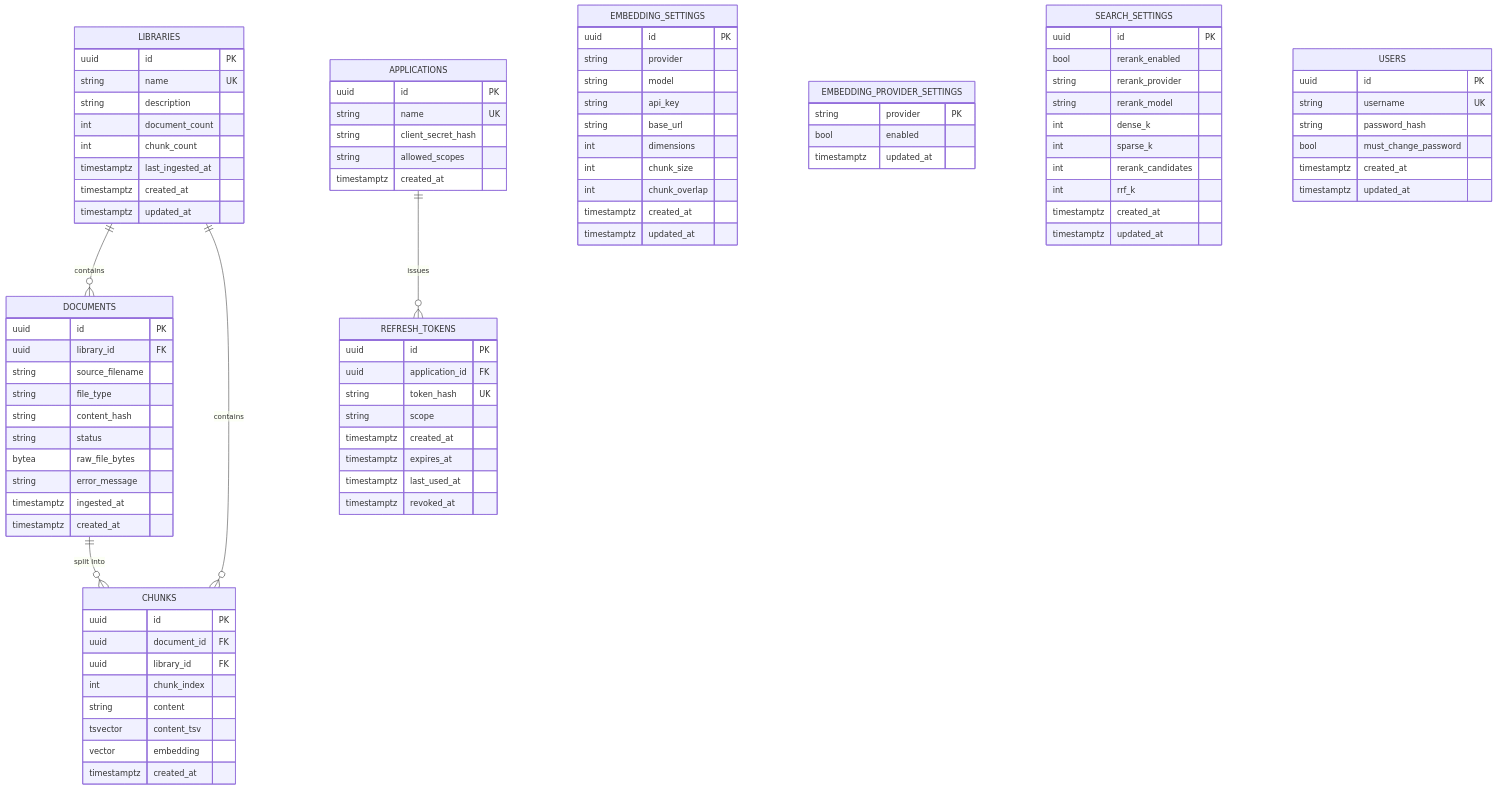
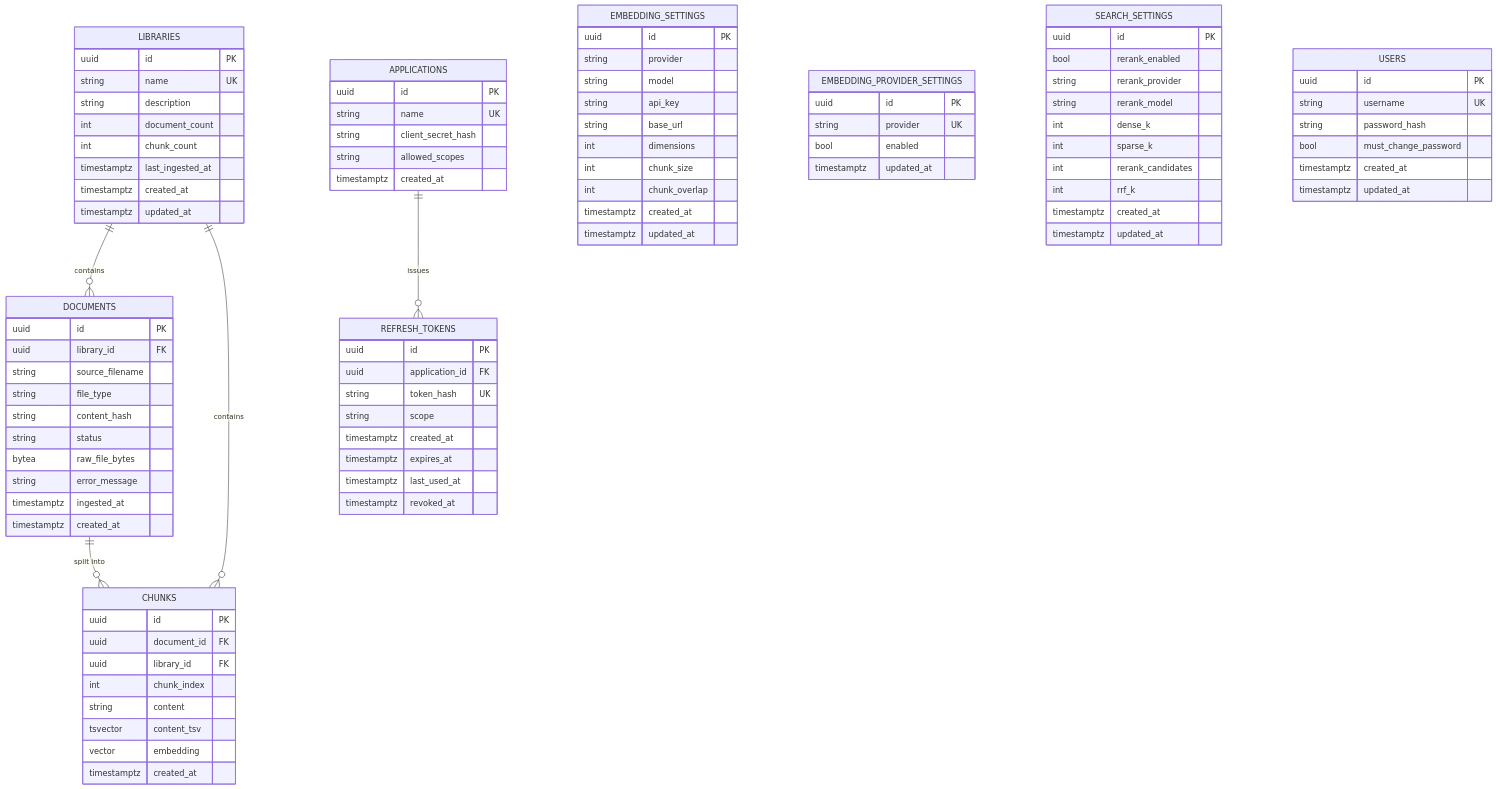
Before and after one commit to sgummalla79/knowledge: the diagram in docs/DATA_MODEL.md, drawn with Mermaid. The commit also changed other lines of this file and 28 other files, not shown here.

```diff
--- a/docs/DATA_MODEL.md
+++ b/docs/DATA_MODEL.md
@@ -58,7 +58,8 @@
         timestamptz updated_at
     }
     EMBEDDING_PROVIDER_SETTINGS {
-        string provider PK
+        uuid id PK
+        string provider UK
         bool enabled
         timestamptz updated_at
     }
```
